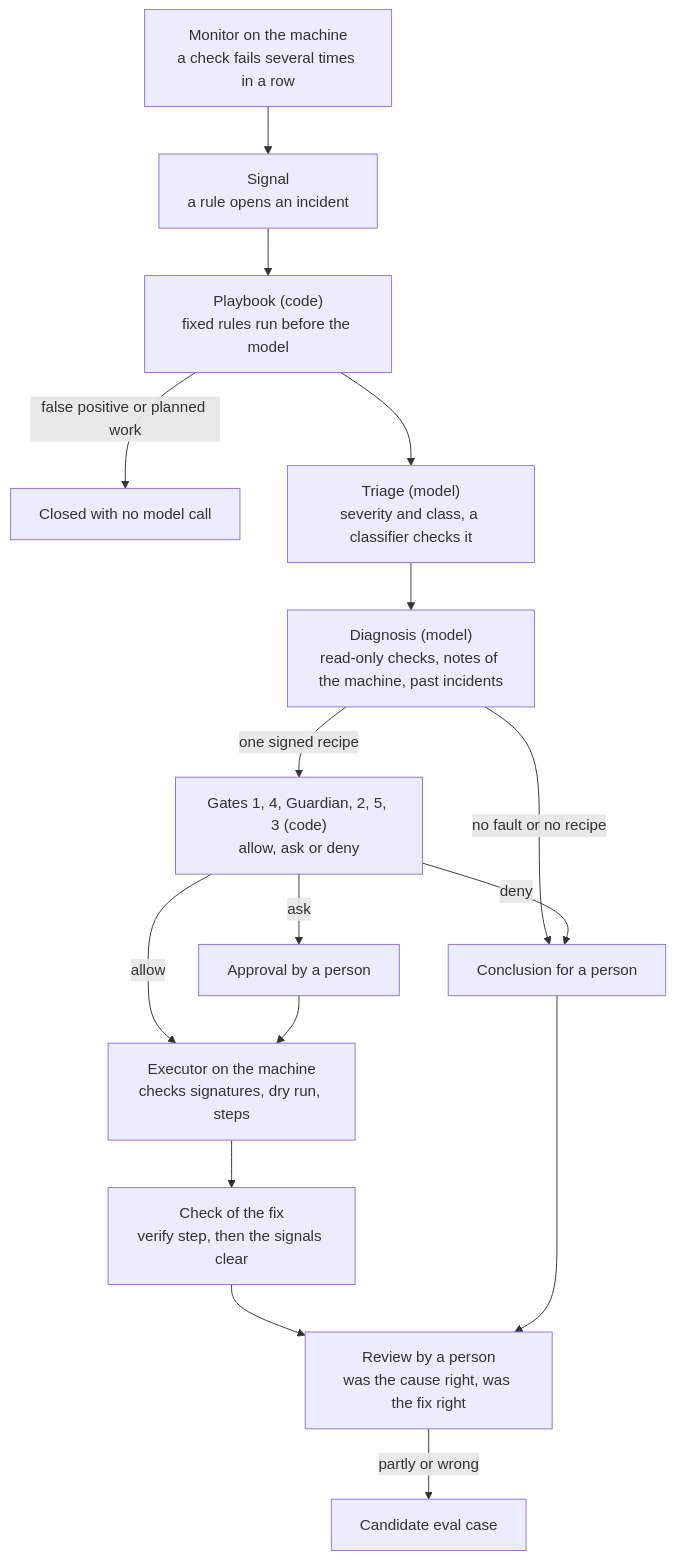
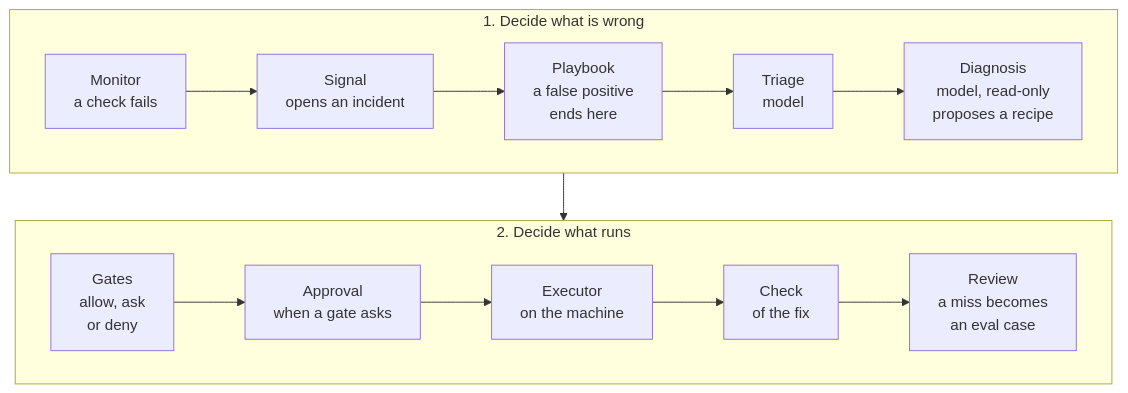
One commit to bet0x/barrahome-2026 changed the first of 2 diagrams in 2026/11/19/sir-evals-a-lot.md. Above: the diagram before and after it, drawn with Mermaid.

```diff
--- a/2026/11/19/sir-evals-a-lot.md
+++ b/2026/11/19/sir-evals-a-lot.md
@@ -16,18 +16,12 @@
 <div class="mermaid">
-flowchart TD
-    A["Monitor on the machine<br/>a check fails several times in a row"] --> B["Signal<br/>a rule opens an incident"]
-    B --> C["Playbook (code)<br/>fixed rules run before the model"]
-    C -->|false positive or planned work| Z["Closed with no model call"]
-    C --> D["Triage (model)<br/>severity and class, a classifier checks it"]
-    D --> E["Diagnosis (model)<br/>read-only checks, notes of the machine, past incidents"]
-    E -->|no fault or no recipe| Y["Conclusion for a person"]
-    E -->|one signed recipe| F["Gates 1, 4, Guardian, 2, 5, 3 (code)<br/>allow, ask or deny"]
-    F -->|ask| G["Approval by a person"]
-    F -->|deny| Y
-    F -->|allow| H["Executor on the machine<br/>checks signatures, dry run, steps"]
-    G --> H
-    H --> I["Check of the fix<br/>verify step, then the signals clear"]
-    I --> J["Review by a person<br/>was the cause right, was the fix right"]
-    Y --> J
-    J -->|partly or wrong| K["Candidate eval case"]
+flowchart TB
+    subgraph decide ["1. Decide what is wrong"]
+    direction LR
+    A["Monitor<br/>a check fails"] --> B["Signal<br/>opens an incident"] --> C["Playbook<br/>a false positive<br/>ends here"] --> D["Triage<br/>model"] --> E["Diagnosis<br/>model, read-only<br/>proposes a recipe"]
+    end
+    subgraph act ["2. Decide what runs"]
+    direction LR
+    F["Gates<br/>allow, ask<br/>or deny"] --> G["Approval<br/>when a gate asks"] --> H["Executor<br/>on the machine"] --> I["Check<br/>of the fix"] --> J["Review<br/>a miss becomes<br/>an eval case"]
+    end
+    decide --> act
 </div>
```
